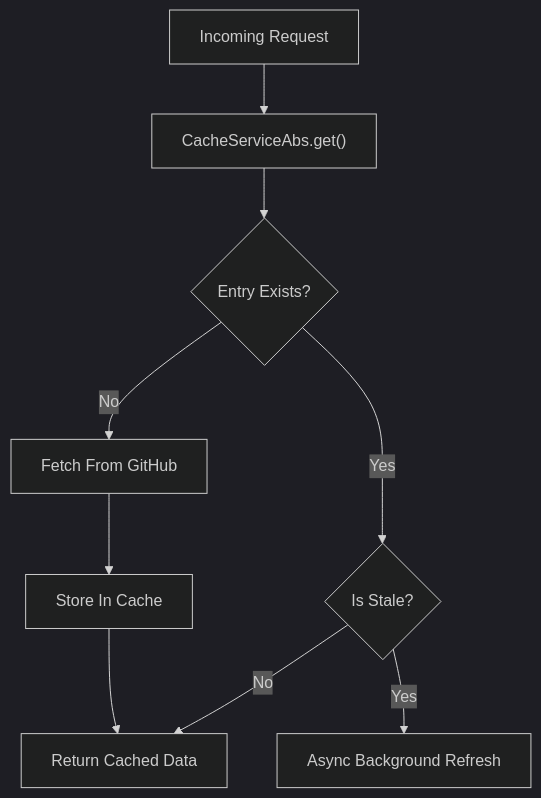
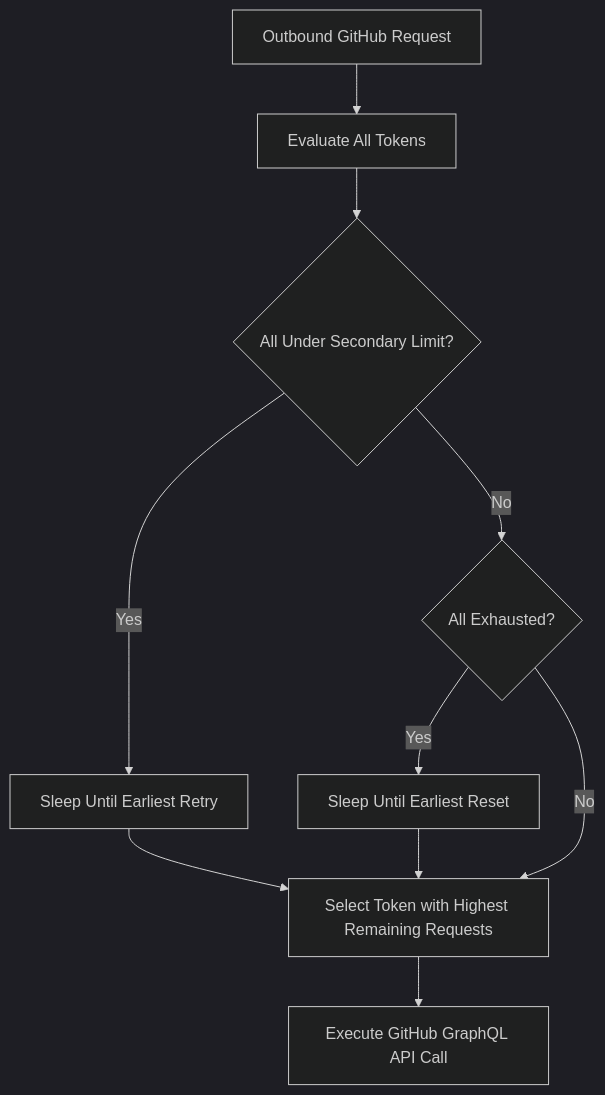
Before and after one commit to flamingo-stack/major-league-github: the sixth of 8 diagrams in docs/development/architecture/README.md, drawn with Mermaid (dark theme). The commit also changed other lines of this file and 8 other files, not shown here.

````diff
--- a/docs/development/architecture/README.md
+++ b/docs/development/architecture/README.md
@@ -125,11 +180,12 @@
 ```mermaid
 flowchart TD
-    Request["Incoming Request"] --> CacheCheck["CacheServiceAbs.get()"]
-    CacheCheck --> Exists{"Entry Exists?"}
-    Exists -->|"No"| Fetch["Fetch From GitHub"]
-    Exists -->|"Yes"| Stale{"Is Stale?"}
-    Stale -->|"No"| Return["Return Cached Data"]
-    Stale -->|"Yes"| AsyncRefresh["Async Background Refresh"]
-    Fetch --> Store["Store In Cache"]
-    Store --> Return
+    Request["Outbound GitHub Request"] --> Evaluate["Evaluate All Tokens"]
+    Evaluate --> SecondaryCheck{"All Under Secondary Limit?"}
+    SecondaryCheck -->|"Yes"| WaitSecondary["Sleep Until Earliest Retry"]
+    SecondaryCheck -->|"No"| PrimaryCheck{"All Exhausted?"}
+    PrimaryCheck -->|"Yes"| WaitPrimary["Sleep Until Earliest Reset"]
+    PrimaryCheck -->|"No"| Select["Select Token with Highest Remaining Requests"]
+    WaitSecondary --> Select
+    WaitPrimary --> Select
+    Select --> Execute["Execute GitHub GraphQL API Call"]
 ```
````
